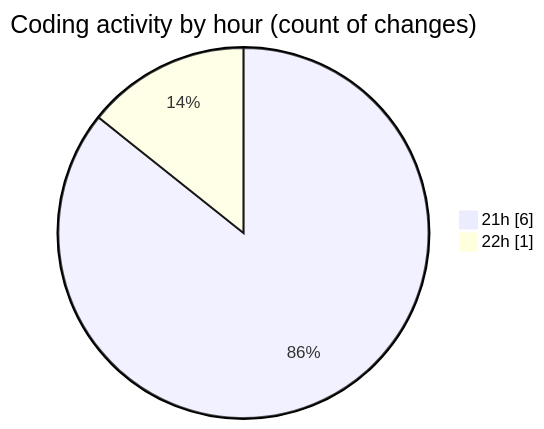
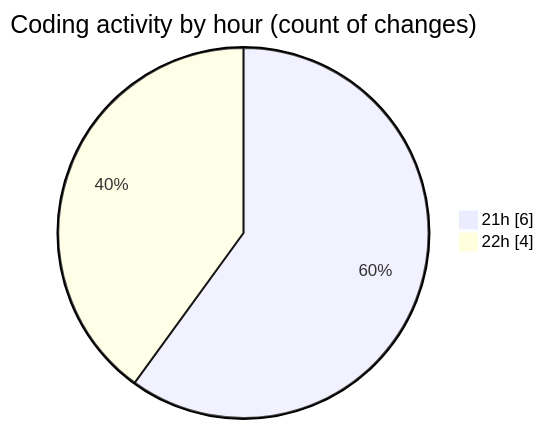
One commit to JenPaints/code-tracking changed the second of 2 diagrams in 2025-07-24/cohera/README.md. Above: the diagram before and after it, drawn with Mermaid. The commit also changed other lines of this file and 1 other file, not shown here.

````diff
--- a/2025-07-24/cohera/README.md
+++ b/2025-07-24/cohera/README.md
@@ -32,6 +32,6 @@
 ```mermaid
 pie showData
 title Coding activity by hour (count of changes)
 "21h" : 6
-"22h" : 1
+"22h" : 4
 ```
````
